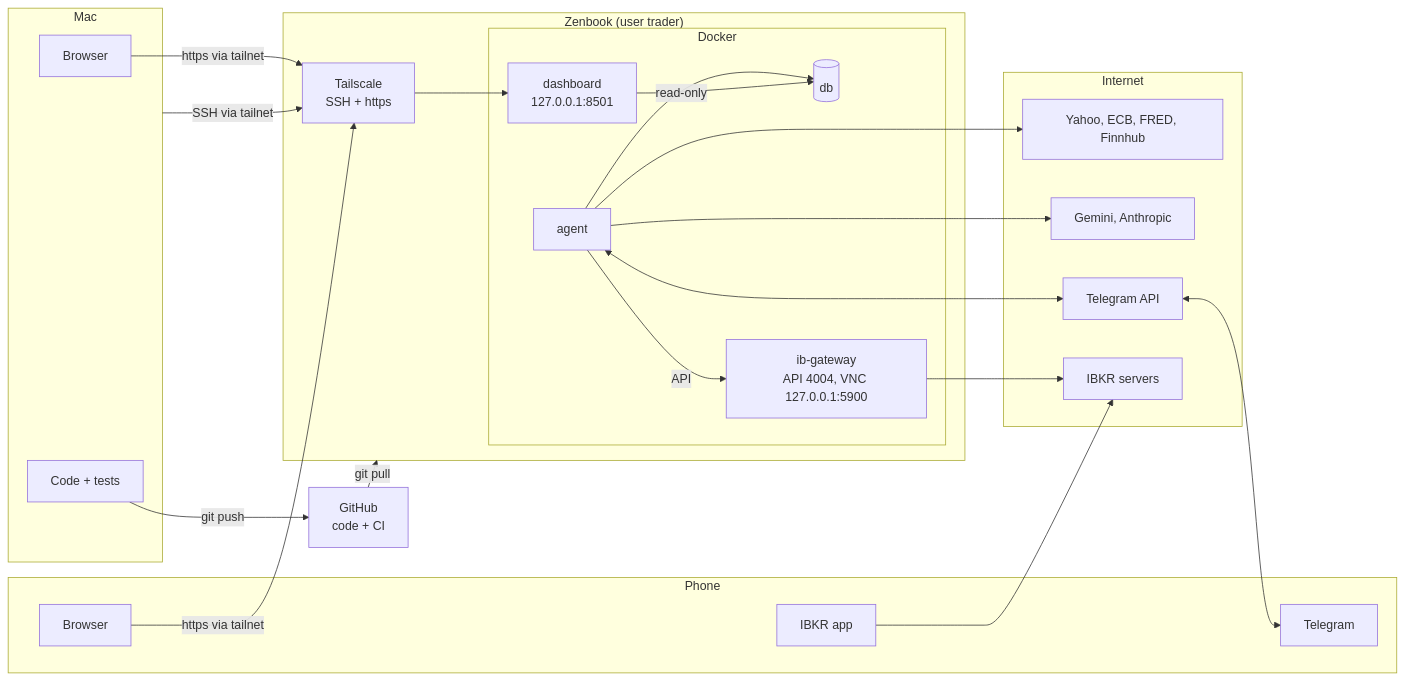
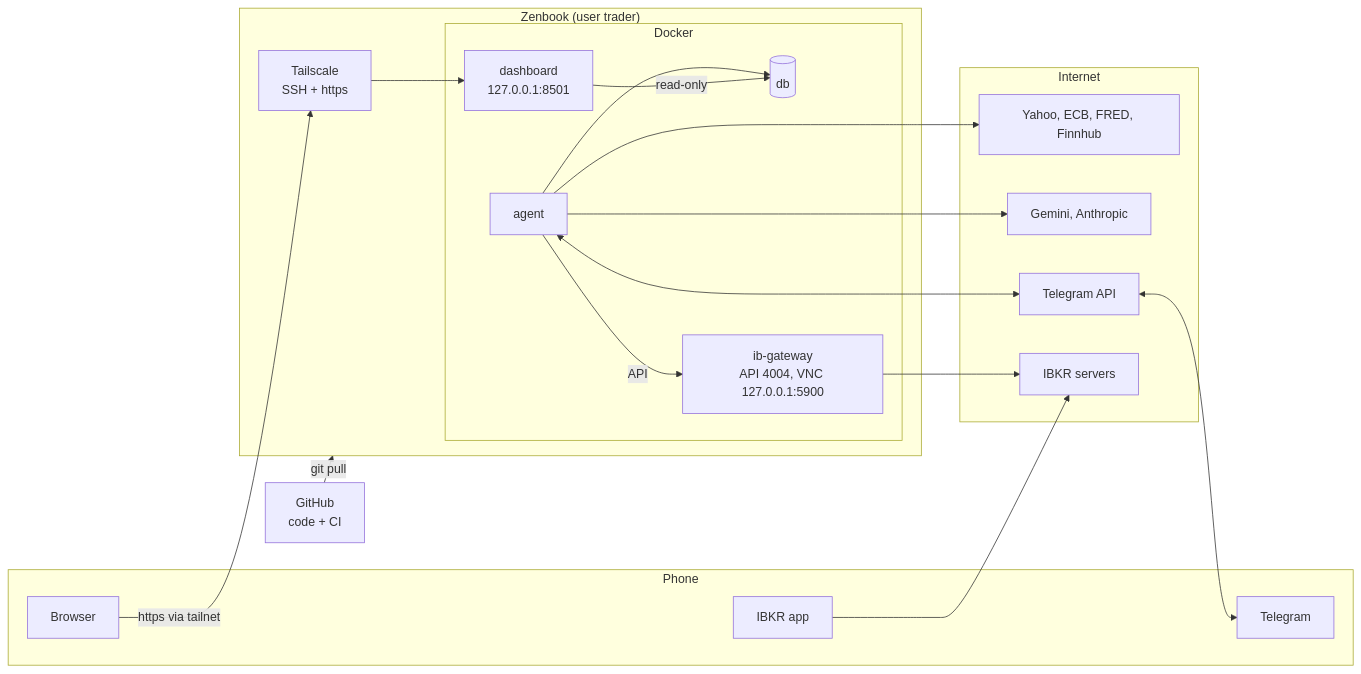
One commit to klausrossmann/trading-agent changed the diagram in RUNNING.md. Above: the diagram before and after it, drawn with Mermaid. The commit also changed other lines of this file and 5 other files, not shown here.

````diff
--- a/RUNNING.md
+++ b/RUNNING.md
@@ -28,38 +44,32 @@
 ```mermaid
 flowchart LR
     subgraph Phone
         TG[Telegram]
         IBApp[IBKR app]
-        Browser1[Browser]
-    end
-    subgraph Mac
-        Code[Code + tests]
-        Browser2[Browser]
+        Browser[Browser]
     end
     GH[GitHub<br/>code + CI]
     subgraph Zenbook["Zenbook (user trader)"]
         TS[Tailscale<br/>SSH + https]
         subgraph Docker
             Agent[agent]
             DB[(db)]
             Dash[dashboard<br/>127.0.0.1:8501]
             GW[ib-gateway<br/>API 4004, VNC 127.0.0.1:5900]
         end
     end
     subgraph Internet
         Data[Yahoo, ECB, FRED, Finnhub]
         AI[Gemini, Anthropic]
         TGAPI[Telegram API]
         IBKR[IBKR servers]
     end
-    Code -- git push --> GH
     GH -- git pull --> Zenbook
-    Mac -- SSH via tailnet --> TS
-    Browser1 & Browser2 -- https via tailnet --> TS --> Dash
+    Browser -- https via tailnet --> TS --> Dash
     Agent --> DB
     Dash -- read-only --> DB
     Agent -- API --> GW --> IBKR
     Agent --> Data & AI
     Agent <--> TGAPI <--> TG
     IBApp --> IBKR
 ```
````
